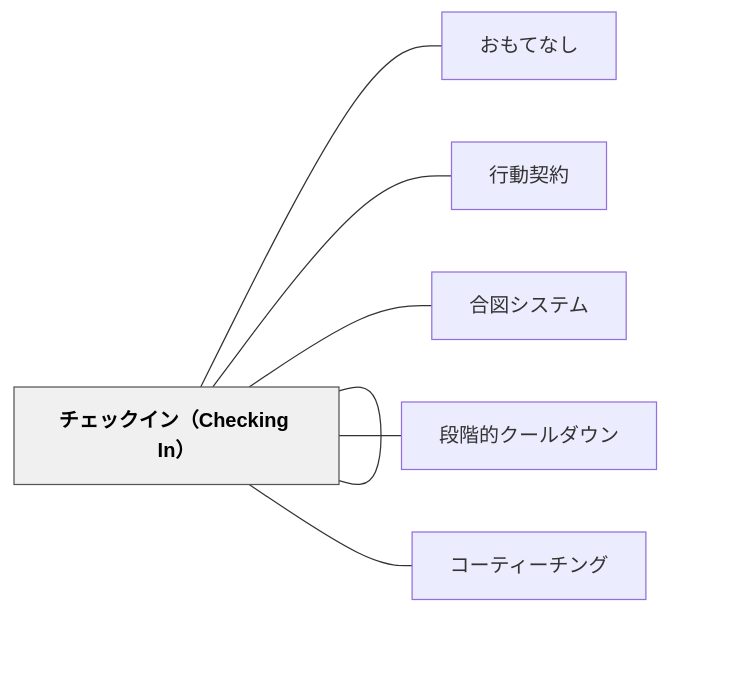
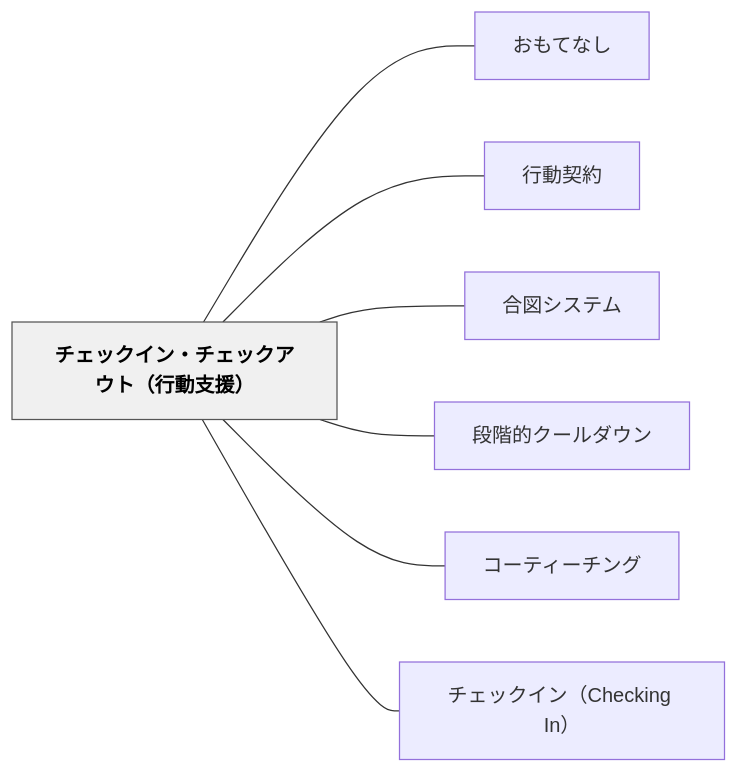
The diagram in content/パタン/チェックイン・チェックアウト（行動支援）.md (unknownthings-ed-patterns/unknownthings-ed-patterns), drawn with Mermaid before and after one commit. The commit also changed 527 other files, not shown here.

````diff
--- a/content/パタン/チェックイン・チェックアウト（行動支援）.md
+++ b/content/パタン/チェックイン・チェックアウト（行動支援）.md
@@ -136,20 +136,20 @@
 ```mermaid
 flowchart LR
-    ne38381e382a7["チェックイン・チェックアウト（行動支援）"]
-    ne3818ae38282["おもてなし"]
-    ne8a18ce58b95["行動契約"]
-    ne59088e59bb3["合図システム"]
-    ne6aeb5e99a8e["段階的クールダウン"]
-    ne382b3e383bc["コーティーチング"]
-    ne38381e382a7["チェックイン（Checking In）"]
+    ne38381e382a7e38383e382afe382a4e383b3e383bbe38381e382a7e38383e382afe382a2e382a6e38388efbc88e8a18ce58b95e694afe68fb4efbc89["チェックイン・チェックアウト（行動支援）"]
+    ne3818ae38282e381a6e381aae38197["おもてなし"]
+    ne8a18ce58b95e5a591e7b484["行動契約"]
+    ne59088e59bb3e382b7e382b9e38386e383a0["合図システム"]
+    ne6aeb5e99a8ee79a84e382afe383bce383abe38380e382a6e383b3["段階的クールダウン"]
+    ne382b3e383bce38386e382a3e383bce38381e383b3e382b0["コーティーチング"]
+    ne38381e382a7e38383e382afe382a4e383b3efbc88436865636b696e6720496eefbc89["チェックイン（Checking In）"]
 
-    ne38381e382a7 --- ne3818ae38282
-    ne38381e382a7 --- ne8a18ce58b95
-    ne38381e382a7 --- ne59088e59bb3
-    ne38381e382a7 --- ne6aeb5e99a8e
-    ne38381e382a7 --- ne382b3e383bc
-    ne38381e382a7 --- ne38381e382a7
+    ne38381e382a7e38383e382afe382a4e383b3e383bbe38381e382a7e38383e382afe382a2e382a6e38388efbc88e8a18ce58b95e694afe68fb4efbc89 --- ne3818ae38282e381a6e381aae38197
+    ne38381e382a7e38383e382afe382a4e383b3e383bbe38381e382a7e38383e382afe382a2e382a6e38388efbc88e8a18ce58b95e694afe68fb4efbc89 --- ne8a18ce58b95e5a591e7b484
+    ne38381e382a7e38383e382afe382a4e383b3e383bbe38381e382a7e38383e382afe382a2e382a6e38388efbc88e8a18ce58b95e694afe68fb4efbc89 --- ne59088e59bb3e382b7e382b9e38386e383a0
+    ne38381e382a7e38383e382afe382a4e383b3e383bbe38381e382a7e38383e382afe382a2e382a6e38388efbc88e8a18ce58b95e694afe68fb4efbc89 --- ne6aeb5e99a8ee79a84e382afe383bce383abe38380e382a6e383b3
+    ne38381e382a7e38383e382afe382a4e383b3e383bbe38381e382a7e38383e382afe382a2e382a6e38388efbc88e8a18ce58b95e694afe68fb4efbc89 --- ne382b3e383bce38386e382a3e383bce38381e383b3e382b0
+    ne38381e382a7e38383e382afe382a4e383b3e383bbe38381e382a7e38383e382afe382a2e382a6e38388efbc88e8a18ce58b95e694afe68fb4efbc89 --- ne38381e382a7e38383e382afe382a4e383b3efbc88436865636b696e6720496eefbc89
 
     classDef hub fill:#f0f0f0,stroke:#555,color:#000,font-weight:bold
-    class ne38381e382a7 hub
+    class ne38381e382a7e38383e382afe382a4e383b3e383bbe38381e382a7e38383e382afe382a2e382a6e38388efbc88e8a18ce58b95e694afe68fb4efbc89 hub
 ```
````
